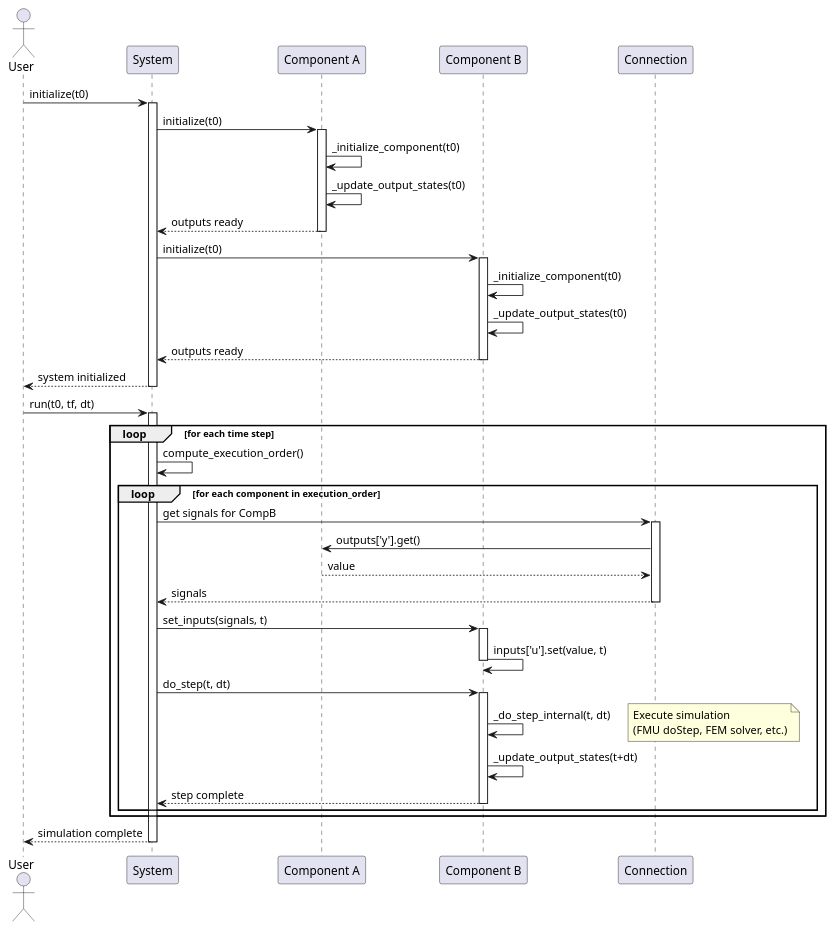
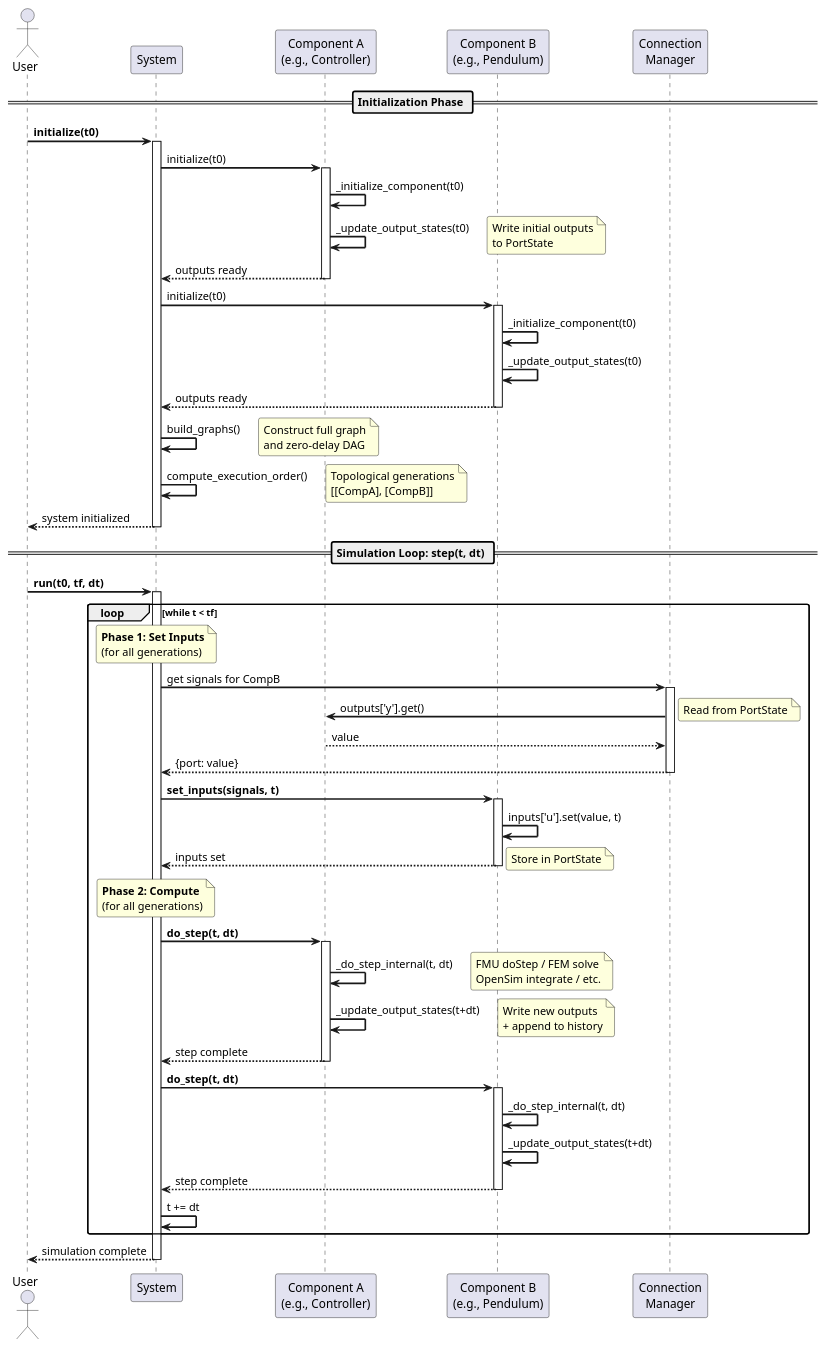
Before and after one commit to FlorianFrech/SystemSimulation: the diagram in docs/diagrams/src/execution/ExecutionDiagram.puml, drawn with PlantUML. The commit also changed 25 other files, not shown here.

```diff
--- a/docs/diagrams/src/execution/ExecutionDiagram.puml
+++ b/docs/diagrams/src/execution/ExecutionDiagram.puml
@@ -1,65 +1,92 @@
 @startuml SysSimX_Execution
 
-actor User
-participant System
-participant "Component A" as CompA
-participant "Component B" as CompB
-participant Connection
+skinparam backgroundColor white
+skinparam sequenceArrowThickness 2
+skinparam roundcorner 5
+skinparam maxMessageSize 150
 
-User -> System: initialize(t0)
+actor User 
+participant "System" as System 
+participant "Component A\n(e.g., Controller)" as CompA 
+participant "Component B\n(e.g., Pendulum)" as CompB 
+participant "Connection\nManager" as Connection
+
+
+== Initialization Phase ==
+
+User -> System: **initialize(t0)**
 activate System
 
 System -> CompA: initialize(t0)
 activate CompA
 CompA -> CompA: _initialize_component(t0)
 CompA -> CompA: _update_output_states(t0)
+note right: Write initial outputs\nto PortState
 CompA --> System: outputs ready
 deactivate CompA
 
 System -> CompB: initialize(t0)
 activate CompB
 CompB -> CompB: _initialize_component(t0)
 CompB -> CompB: _update_output_states(t0)
 CompB --> System: outputs ready
 deactivate CompB
 
+System -> System: build_graphs()
+note right: Construct full graph\nand zero-delay DAG
+System -> System: compute_execution_order()
+note right: Topological generations\n[[CompA], [CompB]]
+
 System --> User: system initialized
 deactivate System
 
-User -> System: run(t0, tf, dt)
+== Simulation Loop: step(t, dt) ==
+
+User -> System: **run(t0, tf, dt)**
 activate System
 
-loop for each time step
+loop while t < tf
 
-    System -> System: compute_execution_order()
+    note over System: **Phase 1: Set Inputs**\n(for all generations)
+
+    System -> Connection: get signals for CompB
+    activate Connection
+    Connection -> CompA: outputs['y'].get()
+    note right: Read from PortState
+    CompA --> Connection: value
+    Connection --> System: {port: value}
+    deactivate Connection
     
-    loop for each component in execution_order
-        
-        System -> Connection: get signals for CompB
-        activate Connection
-        Connection -> CompA: outputs['y'].get()
-        CompA --> Connection: value
-        Connection --> System: signals
-        deactivate Connection
-        
-        System -> CompB: set_inputs(signals, t)
-        activate CompB
-        CompB -> CompB: inputs['u'].set(value, t)
-        deactivate CompB
-        
-        System -> CompB: do_step(t, dt)
-        activate CompB
-        CompB -> CompB: _do_step_internal(t, dt)
-        note right: Execute simulation\n(FMU doStep, FEM solver, etc.)
-        CompB -> CompB: _update_output_states(t+dt)
-        CompB --> System: step complete
-        deactivate CompB
-        
-    end
+    System -> CompB: **set_inputs(signals, t)**
+    activate CompB
+    CompB -> CompB: inputs['u'].set(value, t)
+    CompB --> System: inputs set
+    note right: Store in PortState
+    deactivate CompB
+
+    note over System: **Phase 2: Compute**\n(for all generations)
+
+    System -> CompA: **do_step(t, dt)**
+    activate CompA
+    CompA -> CompA: _do_step_internal(t, dt)
+    note right: FMU doStep / FEM solve\nOpenSim integrate / etc.
+    CompA -> CompA: _update_output_states(t+dt)
+    note right: Write new outputs\n+ append to history
+    CompA --> System: step complete
+    deactivate CompA
     
+    System -> CompB: **do_step(t, dt)**
+    activate CompB
+    CompB -> CompB: _do_step_internal(t, dt)
+    CompB -> CompB: _update_output_states(t+dt)
+    CompB --> System: step complete
+    deactivate CompB
+
+    System -> System: t += dt
+
 end
 
 System --> User: simulation complete
 deactivate System
 
 @enduml
```
